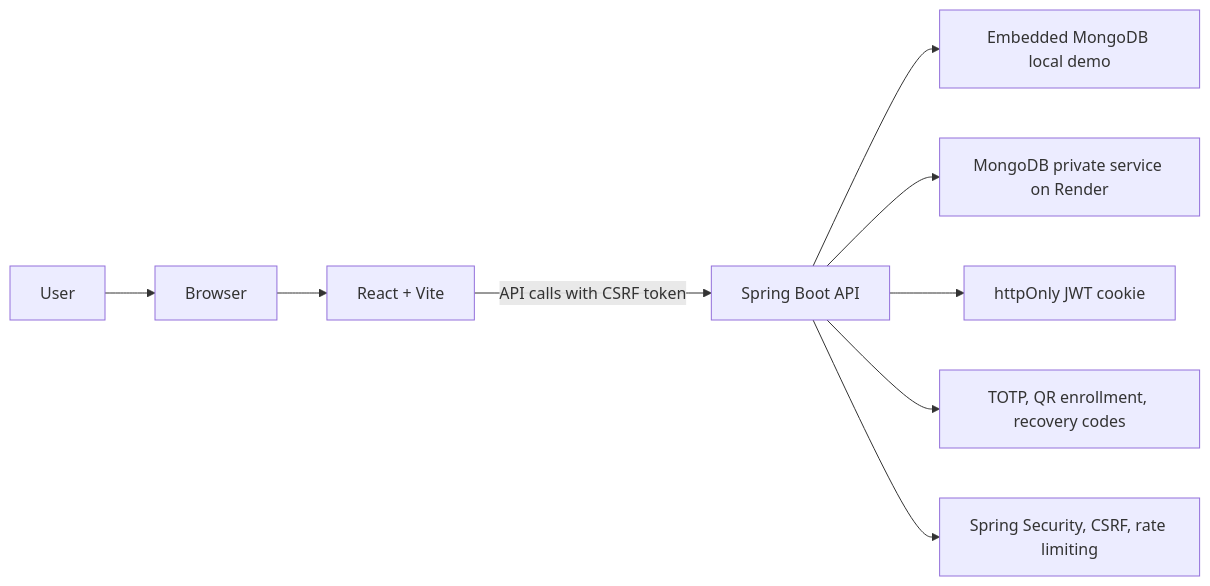
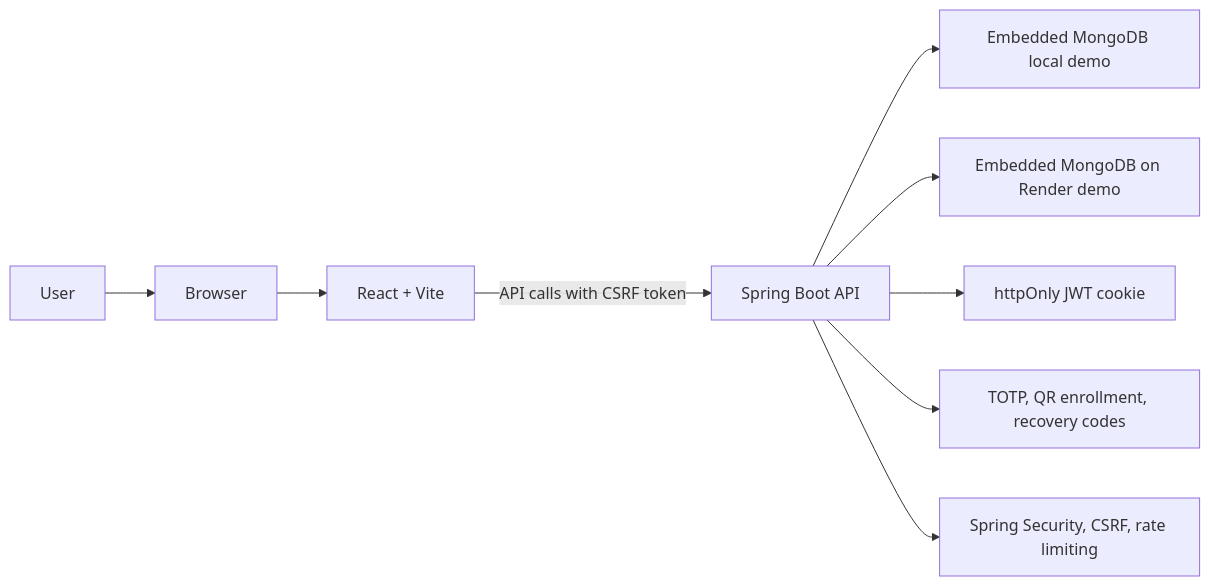
Before and after one commit to leoyakubov/2-factor-authentication-demo: the first of 8 diagrams in README.md, drawn with Mermaid. The commit also changed other lines of this file and 5 other files, not shown here.

Commit message:
fix: restore embedded mongo for render demo

````diff
--- a/README.md
+++ b/README.md
@@ -238,11 +239,11 @@
 ```mermaid
 flowchart LR
     User["User"] --> Browser["Browser"]
     Browser --> Frontend["React + Vite"]
     Frontend -->|API calls with CSRF token| Backend["Spring Boot API"]
     Backend --> MongoLocal["Embedded MongoDB local demo"]
-    Backend --> MongoDemo["MongoDB private service on Render"]
+    Backend --> MongoDemo["Embedded MongoDB on Render demo"]
     Backend --> Cookies["httpOnly JWT cookie"]
     Backend --> MFA["TOTP, QR enrollment, recovery codes"]
     Backend --> Security["Spring Security, CSRF, rate limiting"]
 ```
````
